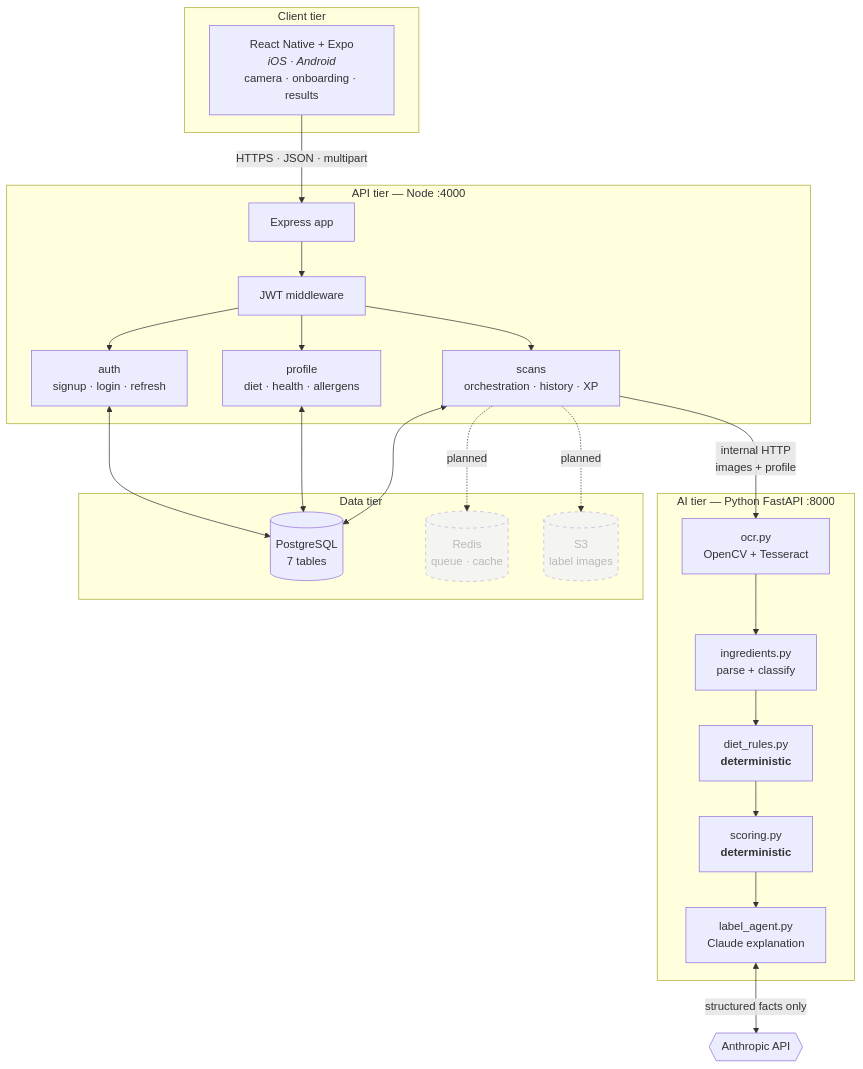
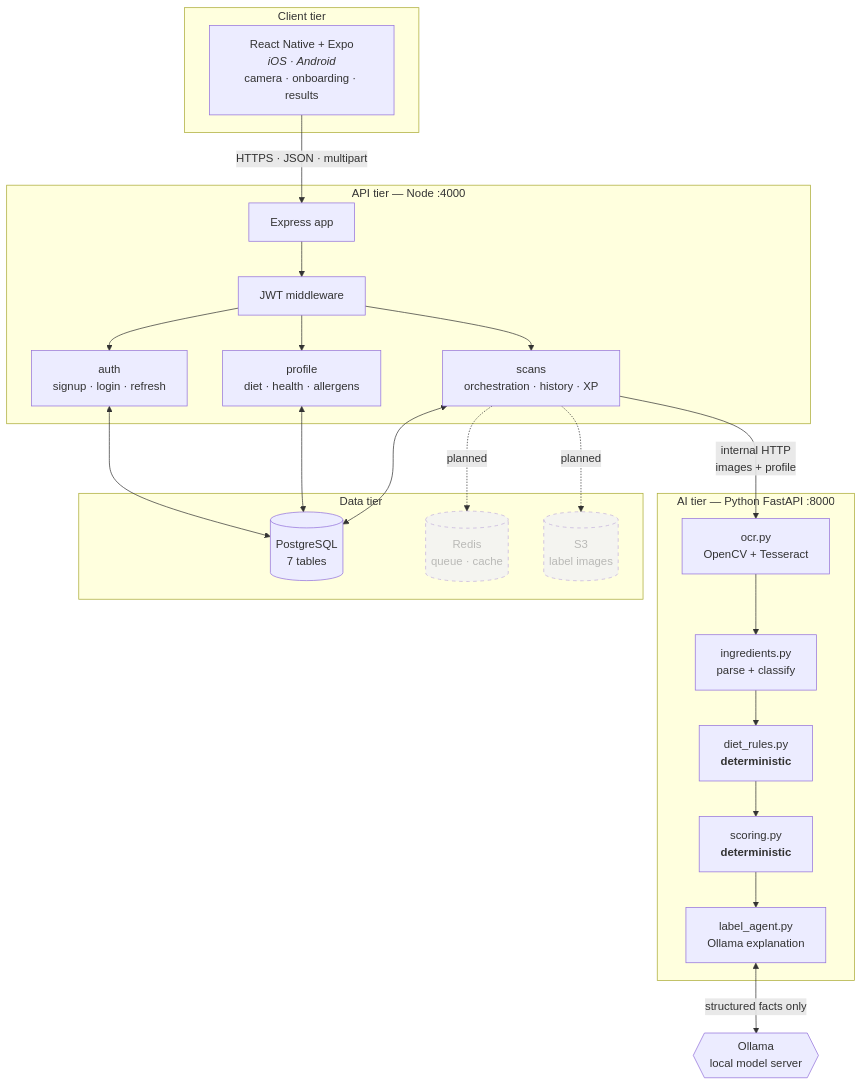
Before and after one commit to dipal0708/ScanBite: the first of 6 diagrams in labelwise-scaffold/labelwise/docs/architecture-diagram.md, drawn with Mermaid. The commit also changed other lines of this file and 17 other files, not shown here.

````diff
--- a/labelwise-scaffold/labelwise/docs/architecture-diagram.md
+++ b/labelwise-scaffold/labelwise/docs/architecture-diagram.md
@@ -11,44 +11,44 @@
 ```mermaid
 flowchart TB
     subgraph client["Client tier"]
         RN["React Native + Expo<br/><i>iOS · Android</i><br/>camera · onboarding · results"]
     end
 
     subgraph gateway["API tier — Node :4000"]
         EX["Express app"]
         AUTH["auth<br/>signup · login · refresh"]
         PROF["profile<br/>diet · health · allergens"]
         SCAN["scans<br/>orchestration · history · XP"]
         JWT["JWT middleware"]
     end
 
     subgraph ai["AI tier — Python FastAPI :8000"]
         OCR["ocr.py<br/>OpenCV + Tesseract"]
         ING["ingredients.py<br/>parse + classify"]
         RULES["diet_rules.py<br/><b>deterministic</b>"]
         SCORE["scoring.py<br/><b>deterministic</b>"]
-        AGENT["label_agent.py<br/>Claude explanation"]
+        AGENT["label_agent.py<br/>Ollama explanation"]
     end
 
     subgraph data["Data tier"]
         PG[("PostgreSQL<br/>7 tables")]
         REDIS[("Redis<br/>queue · cache")]
         S3[("S3<br/>label images")]
     end
 
-    ANTHROPIC{{"Anthropic API"}}
+    OLLAMA{{"Ollama<br/>local model server"}}
 
     RN -->|"HTTPS · JSON · multipart"| EX
     EX --> JWT
     JWT --> AUTH & PROF & SCAN
     AUTH & PROF & SCAN <--> PG
     SCAN -->|"internal HTTP<br/>images + profile"| OCR
     OCR --> ING --> RULES --> SCORE --> AGENT
-    AGENT <-->|"structured facts only"| ANTHROPIC
+    AGENT <-->|"structured facts only"| OLLAMA
 
     SCAN -.->|"planned"| REDIS
     SCAN -.->|"planned"| S3
 
     classDef planned stroke-dasharray: 5 5,opacity:0.55
     class REDIS,S3 planned
 ```
````
